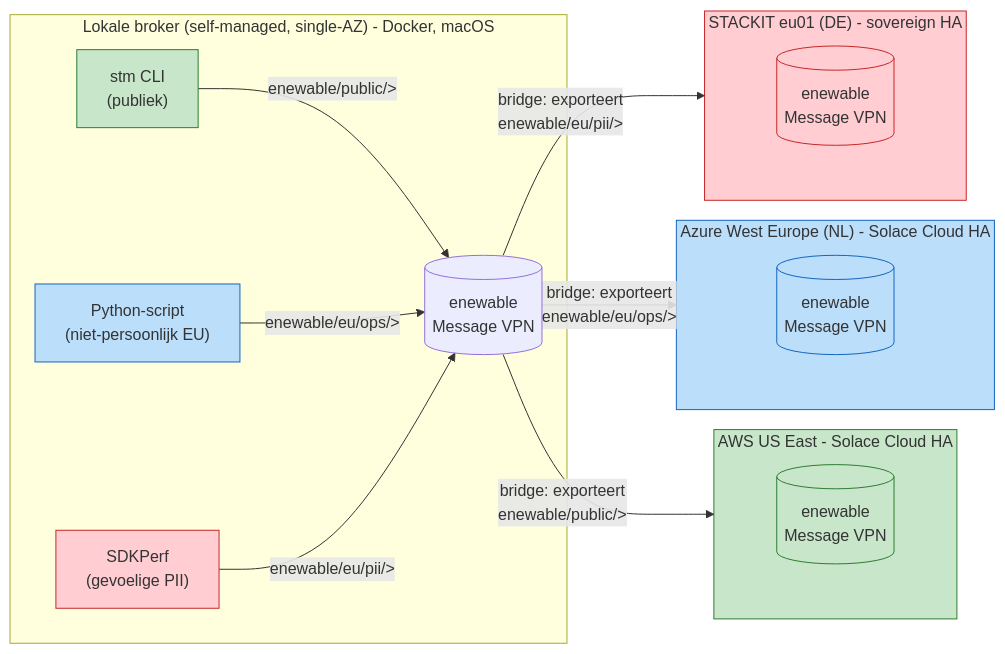
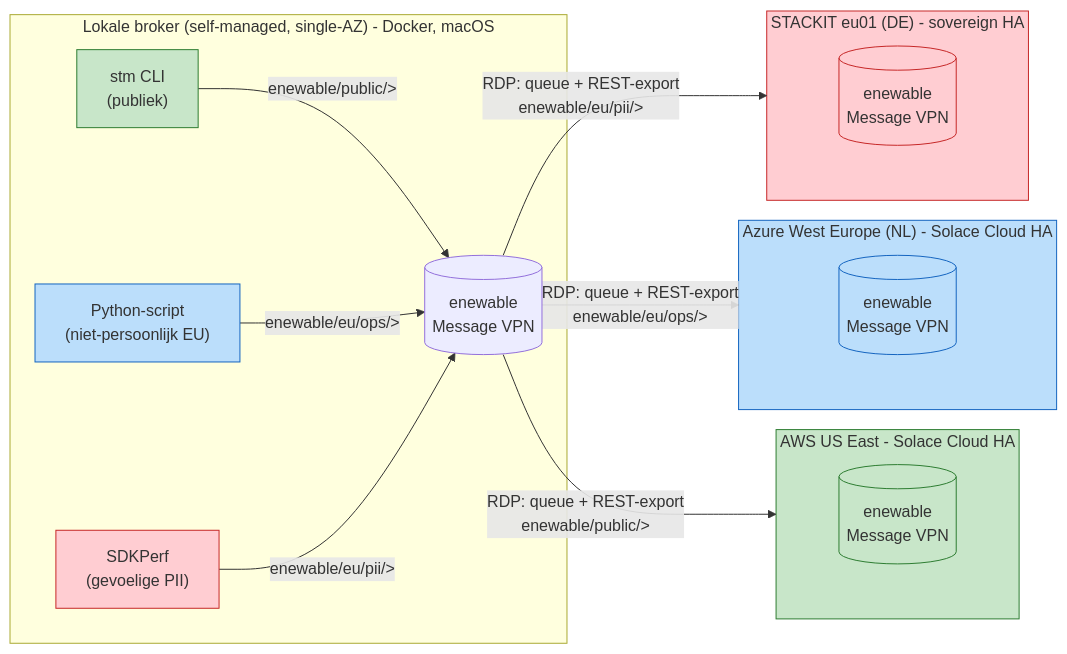
The diagram in topology/topologie.mmd (taatuut/dadd-2026-solace-stackit-soevereine-cloud), drawn with Mermaid before and after one commit. The commit also changed 6 other files, not shown here.

```diff
--- a/topology/topologie.mmd
+++ b/topology/topologie.mmd
@@ -1,35 +1,35 @@
 flowchart LR
     subgraph LOCAL["Lokale broker (self-managed, single-AZ) - Docker, macOS"]
         L[("enewable\nMessage VPN")]
         STM["stm CLI\n(publiek)"]
         PY["Python-script\n(niet-persoonlijk EU)"]
         SDK["SDKPerf\n(gevoelige PII)"]
         STM -- "enewable/public/>" --> L
         PY -- "enewable/eu/ops/>" --> L
         SDK -- "enewable/eu/pii/>" --> L
     end
 
-    L -- "bridge: exporteert\nenewable/public/>" --> AWS
-    L -- "bridge: exporteert\nenewable/eu/ops/>" --> AZ
-    L -- "bridge: exporteert\nenewable/eu/pii/>" --> ST
+    L -- "RDP: queue + REST-export\nenewable/public/>" --> AWS
+    L -- "RDP: queue + REST-export\nenewable/eu/ops/>" --> AZ
+    L -- "RDP: queue + REST-export\nenewable/eu/pii/>" --> ST
 
     subgraph AWS["AWS US East - Solace Cloud HA"]
         AWSVPN[("enewable\nMessage VPN")]
     end
     subgraph AZ["Azure West Europe (NL) - Solace Cloud HA"]
         AZVPN[("enewable\nMessage VPN")]
     end
     subgraph ST["STACKIT eu01 (DE) - sovereign HA"]
         STVPN[("enewable\nMessage VPN")]
     end
 
     AWS --- AWSVPN
     AZ --- AZVPN
     ST --- STVPN
 
     classDef publiek fill:#c8e6c9,stroke:#2e7d32;
     classDef eu fill:#bbdefb,stroke:#1565c0;
     classDef pii fill:#ffcdd2,stroke:#c62828;
     class STM,AWS,AWSVPN publiek
     class PY,AZ,AZVPN eu
     class SDK,ST,STVPN pii
```
